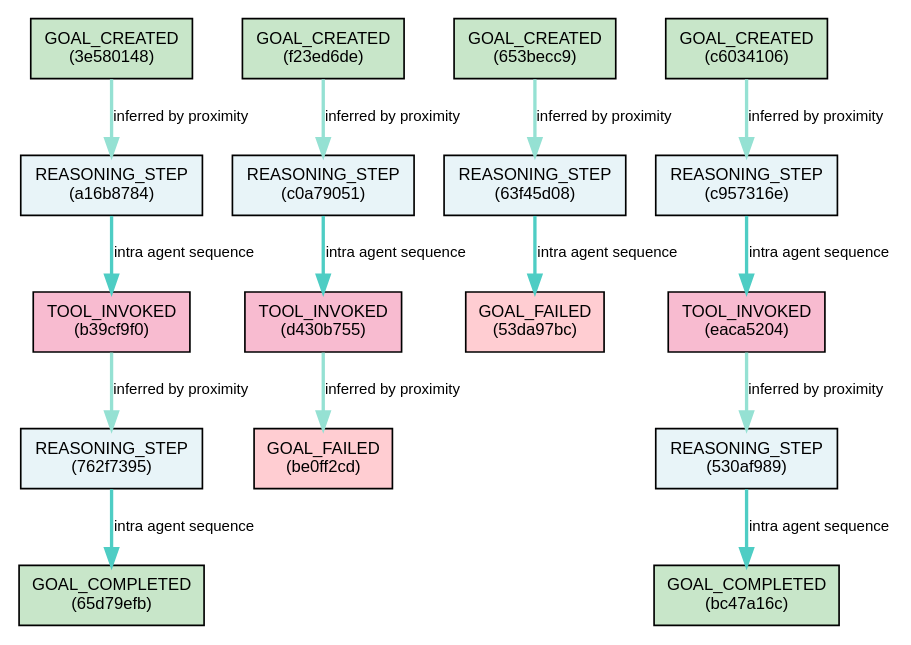
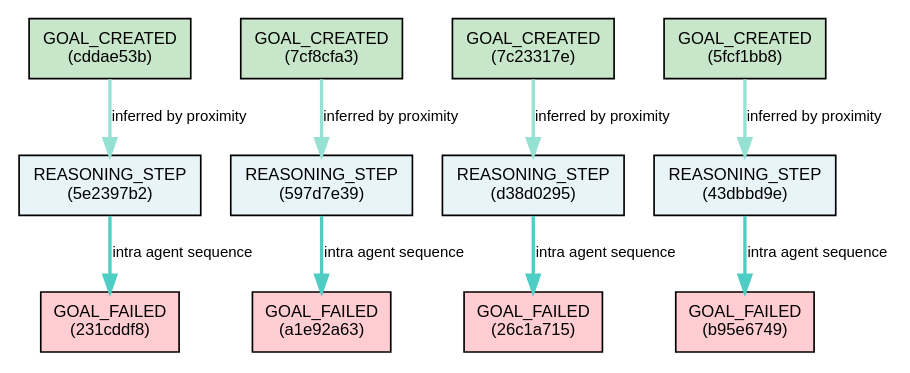
Before and after one commit to miltzhaw/langraph_playground: the diagram in realistic_dag.dot, drawn with Graphviz. The commit also changed 32 other files, not shown here.

```diff
--- a/realistic_dag.dot
+++ b/realistic_dag.dot
@@ -1,39 +1,29 @@
 
 digraph CausalDAG {
     rankdir=TB;
     bgcolor=white;
     node [shape=box, style=filled, fontname="Arial", fontsize=10];
     edge [fontname="Arial", fontsize=9];
-    
-        "3e580148-7582-4d67-90ae-737bff114339" [label="GOAL_CREATED\n(3e580148)", fillcolor="#C8E6C9"];
-    "a16b8784-f832-4e68-9e89-13ee1b873d0f" [label="REASONING_STEP\n(a16b8784)", fillcolor="#E8F4F8"];
-    "b39cf9f0-1227-4077-af48-62da61a324be" [label="TOOL_INVOKED\n(b39cf9f0)", fillcolor="#F8BBD0"];
-    "762f7395-25dc-4221-99f0-1004010b7a26" [label="REASONING_STEP\n(762f7395)", fillcolor="#E8F4F8"];
-    "65d79efb-3b17-4a2a-b64d-66c9c034275f" [label="GOAL_COMPLETED\n(65d79efb)", fillcolor="#C8E6C9"];
-    "f23ed6de-7d14-49ae-beb2-a41c7edaec1e" [label="GOAL_CREATED\n(f23ed6de)", fillcolor="#C8E6C9"];
-    "c0a79051-218a-40b2-b590-73ee9dfaa8f4" [label="REASONING_STEP\n(c0a79051)", fillcolor="#E8F4F8"];
-    "d430b755-4b13-4219-8432-8c582b2eb4dd" [label="TOOL_INVOKED\n(d430b755)", fillcolor="#F8BBD0"];
-    "be0ff2cd-2ff7-46c7-809c-4a65f57b2cb5" [label="GOAL_FAILED\n(be0ff2cd)", fillcolor="#FFCDD2"];
-    "653becc9-6f4d-42d4-beb7-8c242d89d380" [label="GOAL_CREATED\n(653becc9)", fillcolor="#C8E6C9"];
-    "63f45d08-daf4-4c00-b927-8ebf0b385abb" [label="REASONING_STEP\n(63f45d08)", fillcolor="#E8F4F8"];
-    "53da97bc-5fe7-46ff-ae35-f320d3877696" [label="GOAL_FAILED\n(53da97bc)", fillcolor="#FFCDD2"];
-    "c6034106-04dc-4bd6-8e30-8a7ba3b2b222" [label="GOAL_CREATED\n(c6034106)", fillcolor="#C8E6C9"];
-    "c957316e-a641-439e-8d7c-b2fe4af16f8d" [label="REASONING_STEP\n(c957316e)", fillcolor="#E8F4F8"];
-    "eaca5204-7d2b-449f-ac40-bd6a330f6a8a" [label="TOOL_INVOKED\n(eaca5204)", fillcolor="#F8BBD0"];
-    "530af989-4bfc-40f7-9d98-dd5c4d95adba" [label="REASONING_STEP\n(530af989)", fillcolor="#E8F4F8"];
-    "bc47a16c-793d-41f8-8621-e6fff95e67e1" [label="GOAL_COMPLETED\n(bc47a16c)", fillcolor="#C8E6C9"];
-    
-        "762f7395-25dc-4221-99f0-1004010b7a26" -> "65d79efb-3b17-4a2a-b64d-66c9c034275f" [label="intra agent sequence", color="#4ECDC4", penwidth=2.0];
-    "653becc9-6f4d-42d4-beb7-8c242d89d380" -> "63f45d08-daf4-4c00-b927-8ebf0b385abb" [label="inferred by proximity", color="#95E1D3", penwidth=2.0];
-    "f23ed6de-7d14-49ae-beb2-a41c7edaec1e" -> "c0a79051-218a-40b2-b590-73ee9dfaa8f4" [label="inferred by proximity", color="#95E1D3", penwidth=2.0];
-    "c957316e-a641-439e-8d7c-b2fe4af16f8d" -> "eaca5204-7d2b-449f-ac40-bd6a330f6a8a" [label="intra agent sequence", color="#4ECDC4", penwidth=2.0];
-    "a16b8784-f832-4e68-9e89-13ee1b873d0f" -> "b39cf9f0-1227-4077-af48-62da61a324be" [label="intra agent sequence", color="#4ECDC4", penwidth=2.0];
-    "3e580148-7582-4d67-90ae-737bff114339" -> "a16b8784-f832-4e68-9e89-13ee1b873d0f" [label="inferred by proximity", color="#95E1D3", penwidth=2.0];
-    "d430b755-4b13-4219-8432-8c582b2eb4dd" -> "be0ff2cd-2ff7-46c7-809c-4a65f57b2cb5" [label="inferred by proximity", color="#95E1D3", penwidth=2.0];
-    "eaca5204-7d2b-449f-ac40-bd6a330f6a8a" -> "530af989-4bfc-40f7-9d98-dd5c4d95adba" [label="inferred by proximity", color="#95E1D3", penwidth=2.0];
-    "c6034106-04dc-4bd6-8e30-8a7ba3b2b222" -> "c957316e-a641-439e-8d7c-b2fe4af16f8d" [label="inferred by proximity", color="#95E1D3", penwidth=2.0];
-    "63f45d08-daf4-4c00-b927-8ebf0b385abb" -> "53da97bc-5fe7-46ff-ae35-f320d3877696" [label="intra agent sequence", color="#4ECDC4", penwidth=2.0];
-    "c0a79051-218a-40b2-b590-73ee9dfaa8f4" -> "d430b755-4b13-4219-8432-8c582b2eb4dd" [label="intra agent sequence", color="#4ECDC4", penwidth=2.0];
-    "b39cf9f0-1227-4077-af48-62da61a324be" -> "762f7395-25dc-4221-99f0-1004010b7a26" [label="inferred by proximity", color="#95E1D3", penwidth=2.0];
-    "530af989-4bfc-40f7-9d98-dd5c4d95adba" -> "bc47a16c-793d-41f8-8621-e6fff95e67e1" [label="intra agent sequence", color="#4ECDC4", penwidth=2.0];
+
+        "cddae53b-e373-487a-8cb2-8b2053ac2f9d" [label="GOAL_CREATED\n(cddae53b)", fillcolor="#C8E6C9"];
+    "5e2397b2-2a6a-4778-a27e-f1689ef956f1" [label="REASONING_STEP\n(5e2397b2)", fillcolor="#E8F4F8"];
+    "231cddf8-47d8-47b6-a61f-db019cd873dd" [label="GOAL_FAILED\n(231cddf8)", fillcolor="#FFCDD2"];
+    "7cf8cfa3-a808-40f4-b3a7-a0aa5bc75adb" [label="GOAL_CREATED\n(7cf8cfa3)", fillcolor="#C8E6C9"];
+    "597d7e39-d538-4df3-a119-f93764d772fd" [label="REASONING_STEP\n(597d7e39)", fillcolor="#E8F4F8"];
+    "a1e92a63-e906-435c-ad17-49c467b85d8b" [label="GOAL_FAILED\n(a1e92a63)", fillcolor="#FFCDD2"];
+    "7c23317e-6d58-4853-a5aa-a3282883916e" [label="GOAL_CREATED\n(7c23317e)", fillcolor="#C8E6C9"];
+    "d38d0295-ecb5-4de1-b9cb-cf9d8d92d8d0" [label="REASONING_STEP\n(d38d0295)", fillcolor="#E8F4F8"];
+    "26c1a715-b591-4fcb-b435-758106e0df94" [label="GOAL_FAILED\n(26c1a715)", fillcolor="#FFCDD2"];
+    "5fcf1bb8-3922-4655-ac1f-6ab2de9bc19a" [label="GOAL_CREATED\n(5fcf1bb8)", fillcolor="#C8E6C9"];
+    "43dbbd9e-9917-4d0b-ac5f-30b2d1effa86" [label="REASONING_STEP\n(43dbbd9e)", fillcolor="#E8F4F8"];
+    "b95e6749-85d9-4c71-9fb0-0c5a88d9870a" [label="GOAL_FAILED\n(b95e6749)", fillcolor="#FFCDD2"];
+
+        "5fcf1bb8-3922-4655-ac1f-6ab2de9bc19a" -> "43dbbd9e-9917-4d0b-ac5f-30b2d1effa86" [label="inferred by proximity", color="#95E1D3", penwidth=2.0];
+    "5e2397b2-2a6a-4778-a27e-f1689ef956f1" -> "231cddf8-47d8-47b6-a61f-db019cd873dd" [label="intra agent sequence", color="#4ECDC4", penwidth=2.0];
+    "d38d0295-ecb5-4de1-b9cb-cf9d8d92d8d0" -> "26c1a715-b591-4fcb-b435-758106e0df94" [label="intra agent sequence", color="#4ECDC4", penwidth=2.0];
+    "7c23317e-6d58-4853-a5aa-a3282883916e" -> "d38d0295-ecb5-4de1-b9cb-cf9d8d92d8d0" [label="inferred by proximity", color="#95E1D3", penwidth=2.0];
+    "597d7e39-d538-4df3-a119-f93764d772fd" -> "a1e92a63-e906-435c-ad17-49c467b85d8b" [label="intra agent sequence", color="#4ECDC4", penwidth=2.0];
+    "43dbbd9e-9917-4d0b-ac5f-30b2d1effa86" -> "b95e6749-85d9-4c71-9fb0-0c5a88d9870a" [label="intra agent sequence", color="#4ECDC4", penwidth=2.0];
+    "7cf8cfa3-a808-40f4-b3a7-a0aa5bc75adb" -> "597d7e39-d538-4df3-a119-f93764d772fd" [label="inferred by proximity", color="#95E1D3", penwidth=2.0];
+    "cddae53b-e373-487a-8cb2-8b2053ac2f9d" -> "5e2397b2-2a6a-4778-a27e-f1689ef956f1" [label="inferred by proximity", color="#95E1D3", penwidth=2.0];
 }
```
